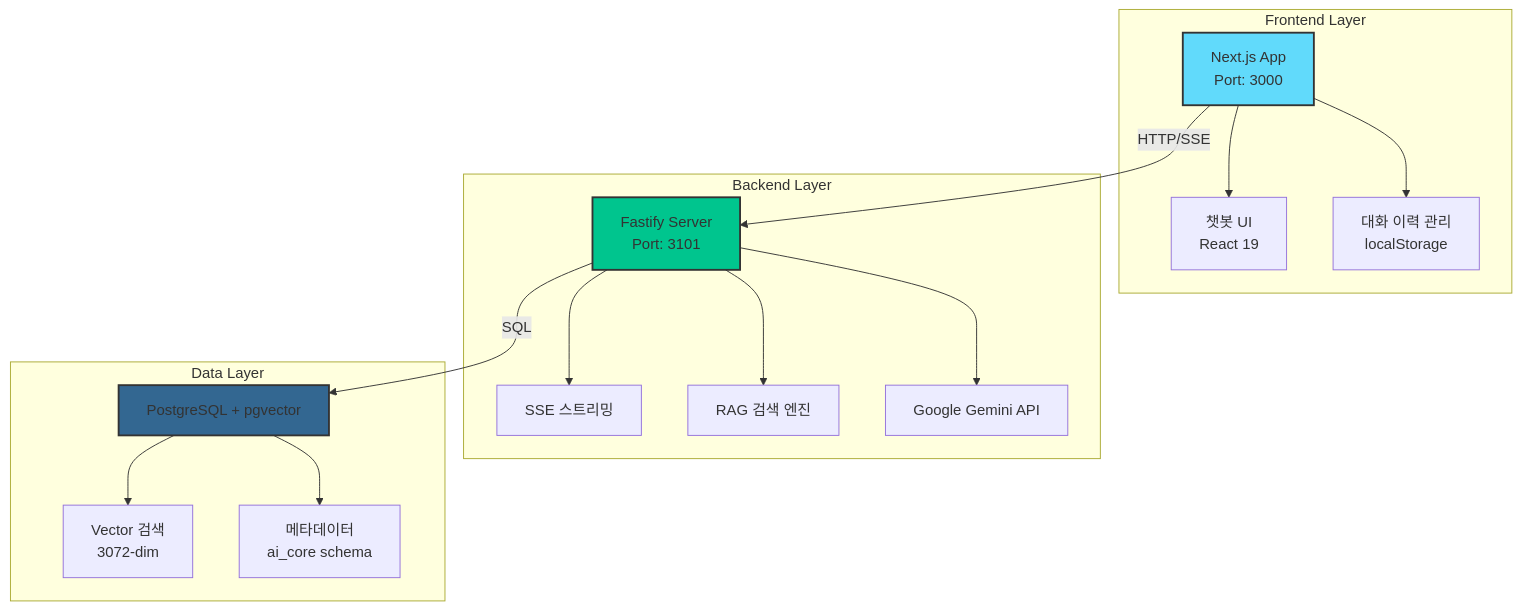
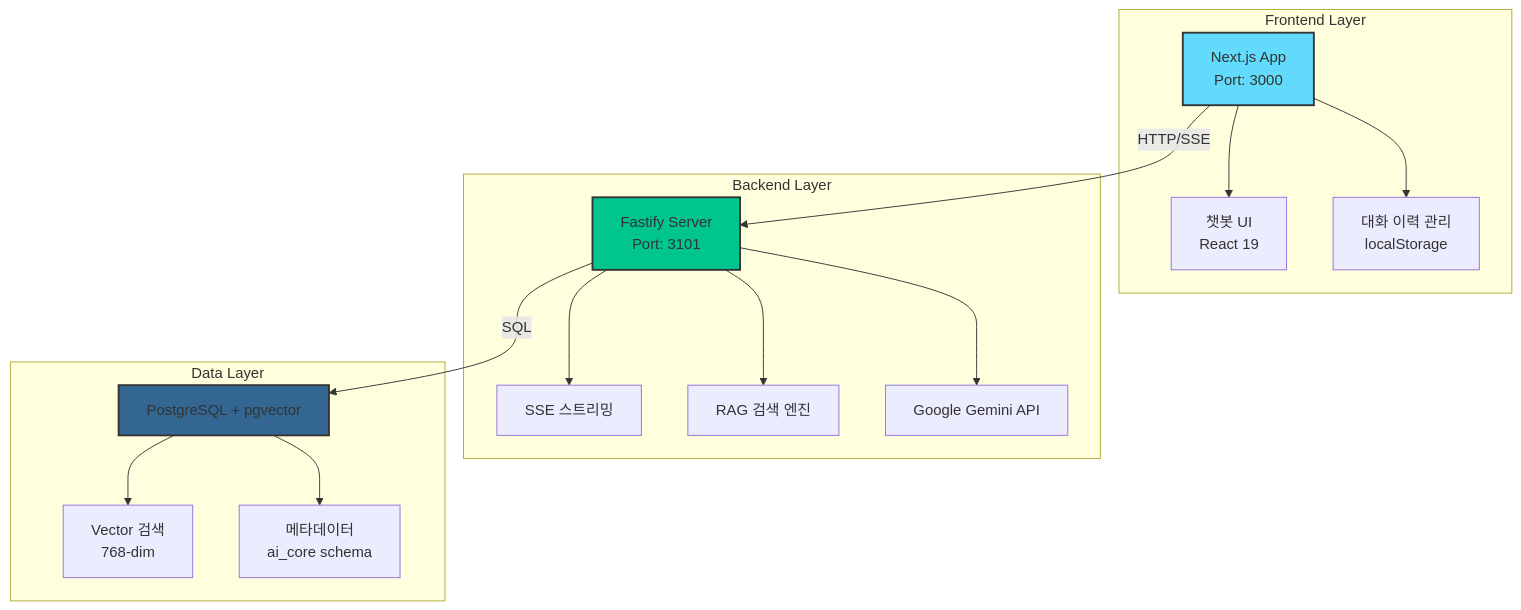
One commit to jdhert/CS-ChatBot changed the first of 3 diagrams in README.md. Above: the diagram before and after it, drawn with Mermaid. The commit also changed other lines of this file, not shown here.

````diff
--- a/README.md
+++ b/README.md
@@ -20,35 +20,35 @@
 ```mermaid
 graph TB
     subgraph "Frontend Layer"
         A[Next.js App<br/>Port: 3000]
         A1[챗봇 UI<br/>React 19]
         A2[대화 이력 관리<br/>localStorage]
     end
 
     subgraph "Backend Layer"
         B[Fastify Server<br/>Port: 3101]
         B1[SSE 스트리밍]
         B2[RAG 검색 엔진]
         B3[Google Gemini API]
     end
 
     subgraph "Data Layer"
         C[PostgreSQL + pgvector]
-        C1[Vector 검색<br/>3072-dim]
+        C1[Vector 검색<br/>768-dim]
         C2[메타데이터<br/>ai_core schema]
     end
 
     A --> A1
     A --> A2
     A -->|HTTP/SSE| B
     B --> B1
     B --> B2
     B --> B3
     B -->|SQL| C
     C --> C1
     C --> C2
 
     style A fill:#61dafb,stroke:#333,stroke-width:2px
     style B fill:#00c58e,stroke:#333,stroke-width:2px
     style C fill:#336791,stroke:#333,stroke-width:2px
 ```
````
